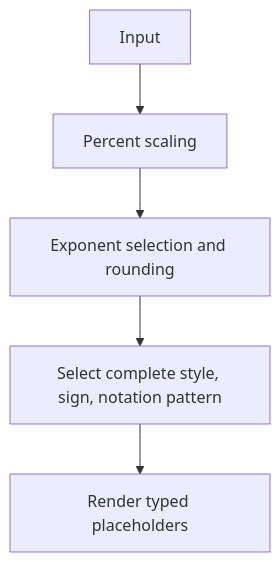
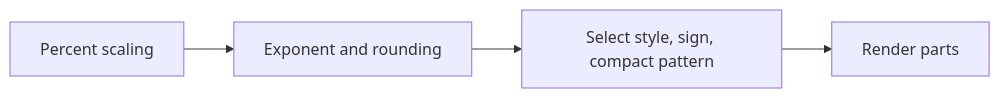
The diagram in knowledge-base/audits/2026-11-15-numberformat-spec-proposal.md (formatjs/formatjs), drawn with Mermaid before and after one commit. The commit also changed other lines of this file and 3 other files, not shown here.

Commit message:
docs(@formatjs/intl-numberformat): shorten compact notation notes

````diff
--- a/knowledge-base/audits/2026-11-15-numberformat-spec-proposal.md
+++ b/knowledge-base/audits/2026-11-15-numberformat-spec-proposal.md
@@ -21,7 +10,6 @@
 ```mermaid
-flowchart TD
-  Input[Input] --> Scale[Percent scaling]
-  Scale --> Round[Exponent selection and rounding]
-  Round --> Select[Select complete style, sign, notation pattern]
-  Select --> Parts[Render typed placeholders]
+flowchart LR
+  Scale[Percent scaling] --> Round[Exponent and rounding]
+  Round --> Pattern[Select style, sign, compact pattern]
+  Pattern --> Parts[Render parts]
 ```
````
